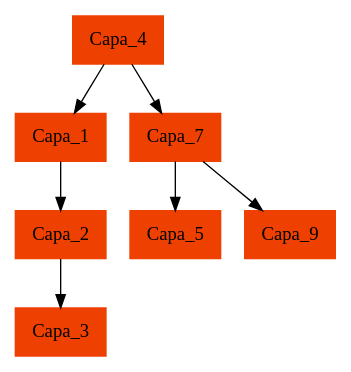
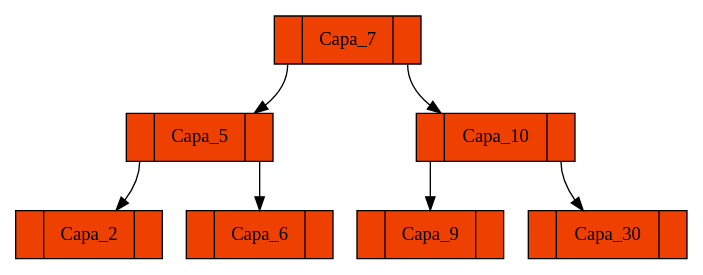
Before and after one commit to Cascarus/-EDD-Proyecto1_201603127: the diagram in [EDD]Proyecto1_201603127/ABB.dot, drawn with Graphviz. The commit also changed 38 other files, not shown here.

```diff
--- a/[EDD]Proyecto1_201603127/ABB.dot
+++ b/[EDD]Proyecto1_201603127/ABB.dot
@@ -1,23 +1,23 @@
 digraph g{
-	node [shape=record,width=.9,height=.5,style=filled,color=orangered2];
-	Node4->Node1; 
-	Node4->Node7; 
-	Node1->Node2; 
-	Node2->Node3; 
+	node [shape=record,width=.9,height=.5,style=filled,fillcolor=orangered2];
+	Node7:C0->Node5; 
+	Node7:C1->Node10; 
+	Node5:C0->Node2; 
+	Node5:C1->Node6; 
 
- 	Node3[label = "Capa_3"] 
+ 	Node2[label = "<C0>|Capa_2|<C1>"] 
 
- 	Node2[label = "Capa_2"] 
+ 	Node6[label = "<C0>|Capa_6|<C1>"] 
 
- 	Node1[label = "Capa_1"] 
-	Node7->Node5; 
-	Node7->Node9; 
+ 	Node5[label = "<C0>|Capa_5|<C1>"] 
+	Node10:C0->Node9; 
+	Node10:C1->Node30; 
 
- 	Node5[label = "Capa_5"] 
+ 	Node9[label = "<C0>|Capa_9|<C1>"] 
 
- 	Node9[label = "Capa_9"] 
+ 	Node30[label = "<C0>|Capa_30|<C1>"] 
 
- 	Node7[label = "Capa_7"] 
+ 	Node10[label = "<C0>|Capa_10|<C1>"] 
 
- 	Node4[label = "Capa_4"] 
+ 	Node7[label = "<C0>|Capa_7|<C1>"] 
 }
```
